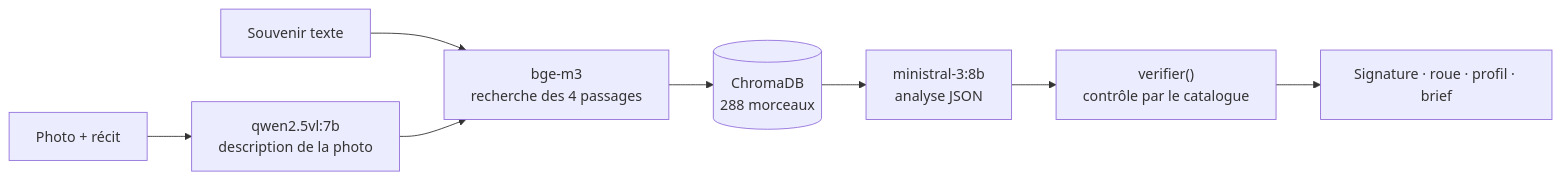
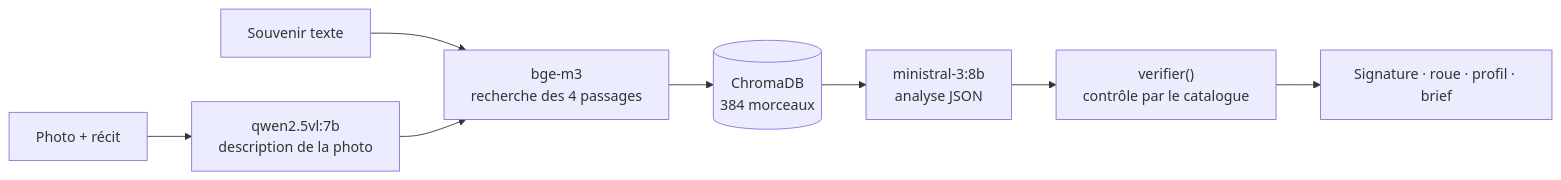
Before and after one commit to FiveOnTheBeach/rag-g24: the first of 3 diagrams in README.md, drawn with Mermaid.

Commit message:
fix: update ChromaDB passage count in flowchart

````diff
--- a/README.md
+++ b/README.md
@@ -9,9 +9,9 @@
 ```mermaid
 flowchart LR
     A[Souvenir texte] --> C
     B[Photo + récit] --> V[qwen2.5vl:7b<br/>description de la photo] --> C
-    C[bge-m3<br/>recherche des 4 passages] --> D[(ChromaDB<br/>288 morceaux)]
+    C[bge-m3<br/>recherche des 4 passages] --> D[(ChromaDB<br/>384 morceaux)]
     D --> E[ministral-3:8b<br/>analyse JSON]
     E --> F["verifier()<br/>contrôle par le catalogue"]
     F --> G[Signature · roue · profil · brief]
 ```
````
